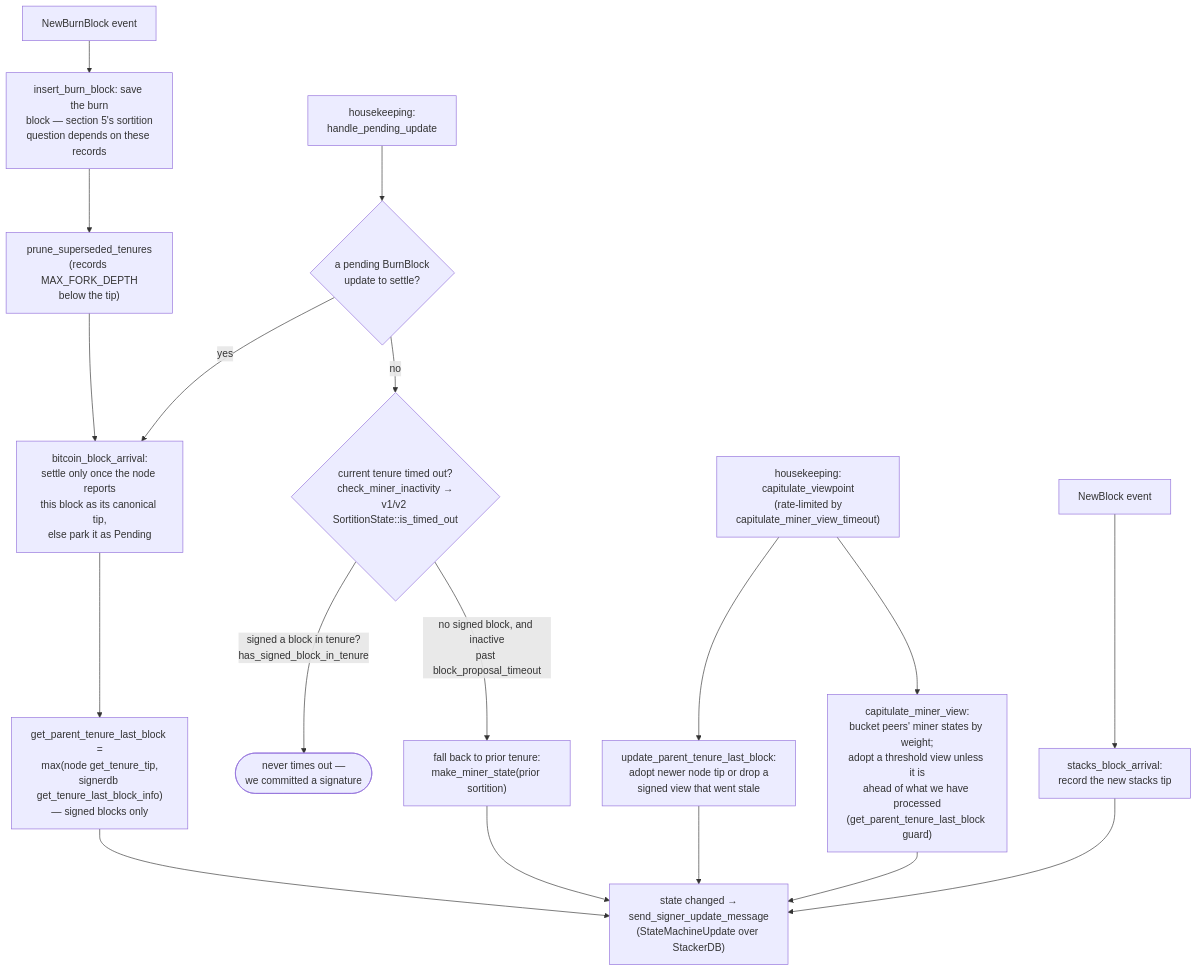
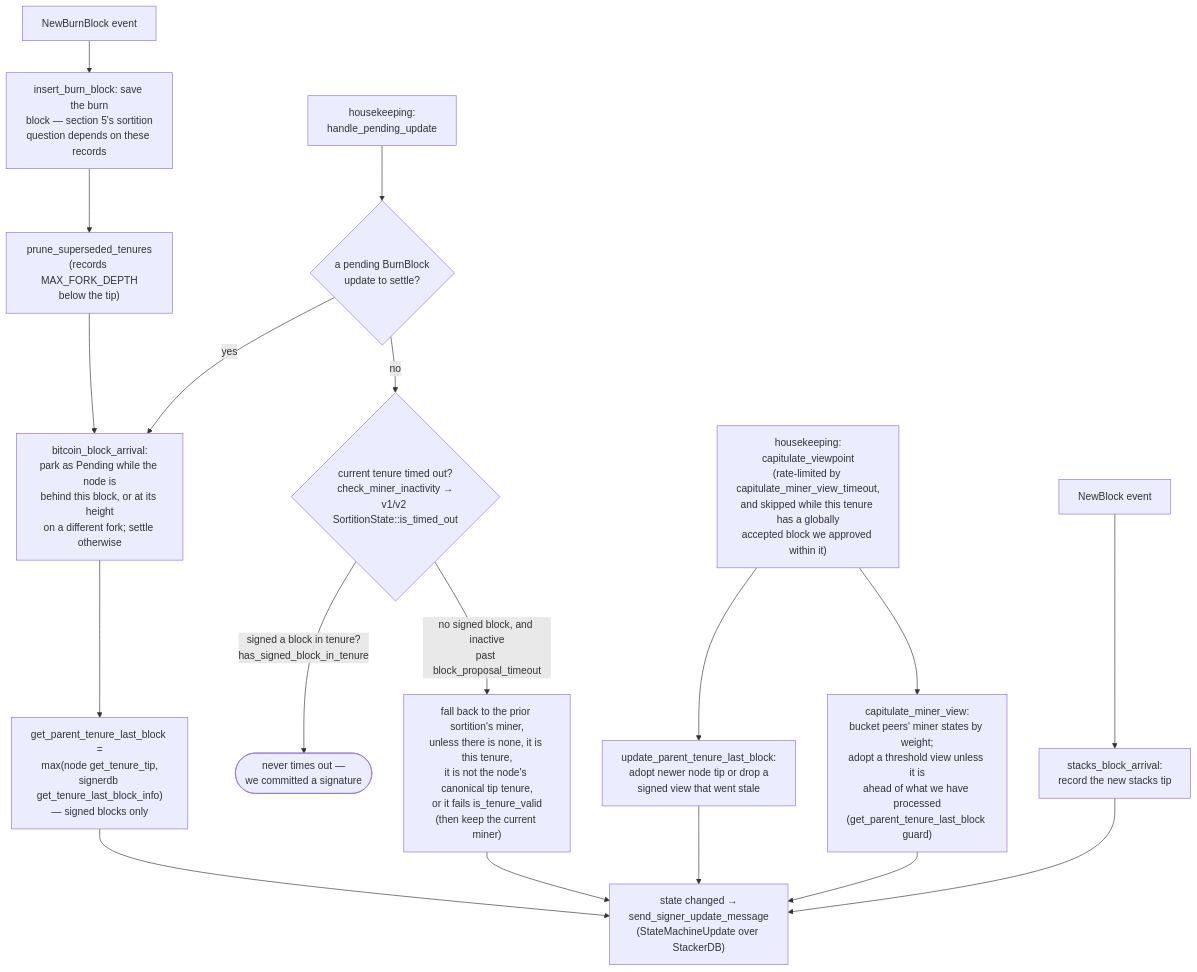
Before and after one commit to stacks-network/stacks-core: the ninth of 9 diagrams in docs/signer-flows.md, drawn with Mermaid. The commit also changed other lines of this file and 4 other files, not shown here.

````diff
--- a/docs/signer-flows.md
+++ b/docs/signer-flows.md
@@ -458,19 +525,19 @@
 ```mermaid
 flowchart TB
     BB["NewBurnBlock event"] --> SAVE["insert_burn_block: save the burn<br/>block — section 5's sortition<br/>question depends on these records"]
     SAVE --> PRUNE["prune_superseded_tenures<br/>(records MAX_FORK_DEPTH<br/>below the tip)"]
-    PRUNE --> ARR["bitcoin_block_arrival:<br/>settle only once the node reports<br/>this block as its canonical tip,<br/>else park it as Pending"]
+    PRUNE --> ARR["bitcoin_block_arrival:<br/>park as Pending while the node is<br/>behind this block, or at its height<br/>on a different fork; settle otherwise"]
     ARR --> GPT["get_parent_tenure_last_block =<br/>max(node get_tenure_tip,<br/>signerdb get_tenure_last_block_info)<br/>— signed blocks only"]
     HPU["housekeeping:<br/>handle_pending_update"] --> PEND{"a pending BurnBlock<br/>update to settle?"}
     PEND -- yes --> ARR
     PEND -- no --> TO{"current tenure timed out?<br/>check_miner_inactivity →<br/>v1/v2 SortitionState::is_timed_out"}
     TO -- "signed a block in tenure?<br/>has_signed_block_in_tenure" --> NEVER(["never times out —<br/>we committed a signature"])
-    TO -- "no signed block, and inactive<br/>past block_proposal_timeout" --> FALL["fall back to prior tenure:<br/>make_miner_state(prior sortition)"]
-    TICK["housekeeping:<br/>capitulate_viewpoint<br/>(rate-limited by<br/>capitulate_miner_view_timeout)"] --> UPD["update_parent_tenure_last_block:<br/>adopt newer node tip or drop a<br/>signed view that went stale"]
+    TO -- "no signed block, and inactive<br/>past block_proposal_timeout" --> FALL["fall back to the prior sortition's miner,<br/>unless there is none, it is this tenure,<br/>it is not the node's canonical tip tenure,<br/>or it fails is_tenure_valid<br/>(then keep the current miner)"]
+    TICK["housekeeping:<br/>capitulate_viewpoint<br/>(rate-limited by capitulate_miner_view_timeout,<br/>and skipped while this tenure has a globally<br/>accepted block we approved within it)"] --> UPD["update_parent_tenure_last_block:<br/>adopt newer node tip or drop a<br/>signed view that went stale"]
     TICK --> CAP["capitulate_miner_view:<br/>bucket peers' miner states by weight;<br/>adopt a threshold view unless it is<br/>ahead of what we have processed<br/>(get_parent_tenure_last_block guard)"]
     GPT --> SEND["state changed →<br/>send_signer_update_message<br/>(StateMachineUpdate over StackerDB)"]
     FALL --> SEND
     UPD --> SEND
     CAP --> SEND
     NB["NewBlock event"] --> SBA["stacks_block_arrival:<br/>record the new stacks tip"] --> SEND
 ```
````
